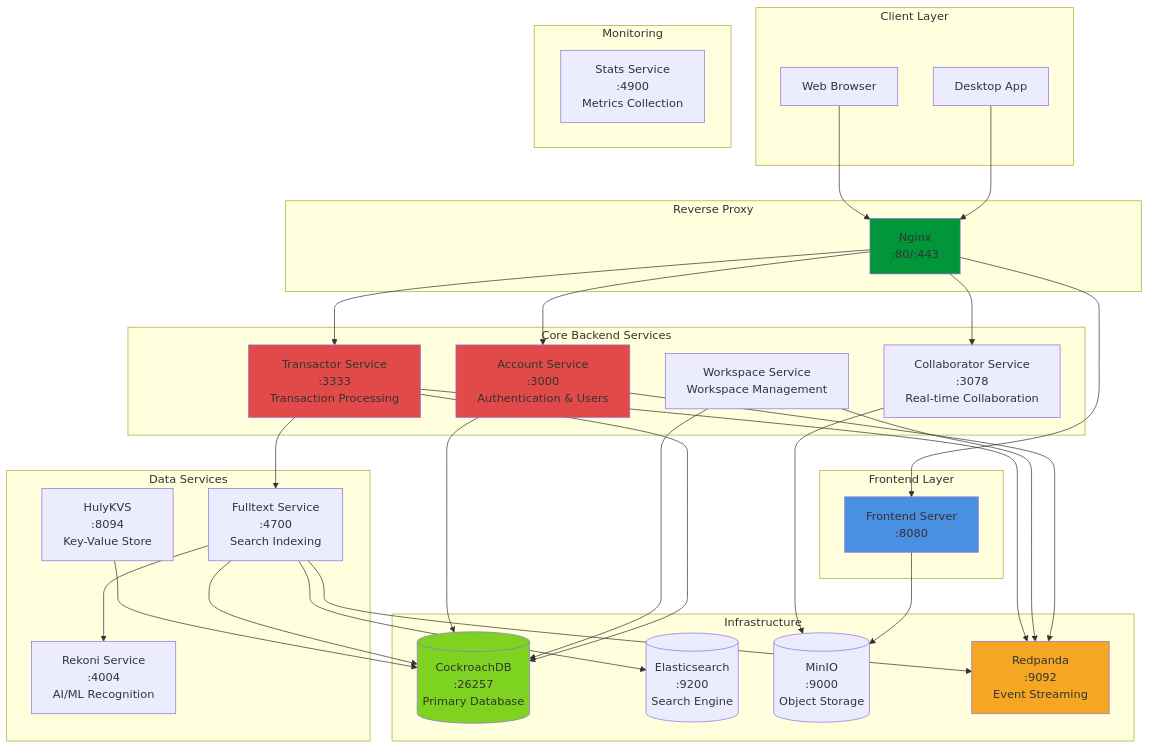
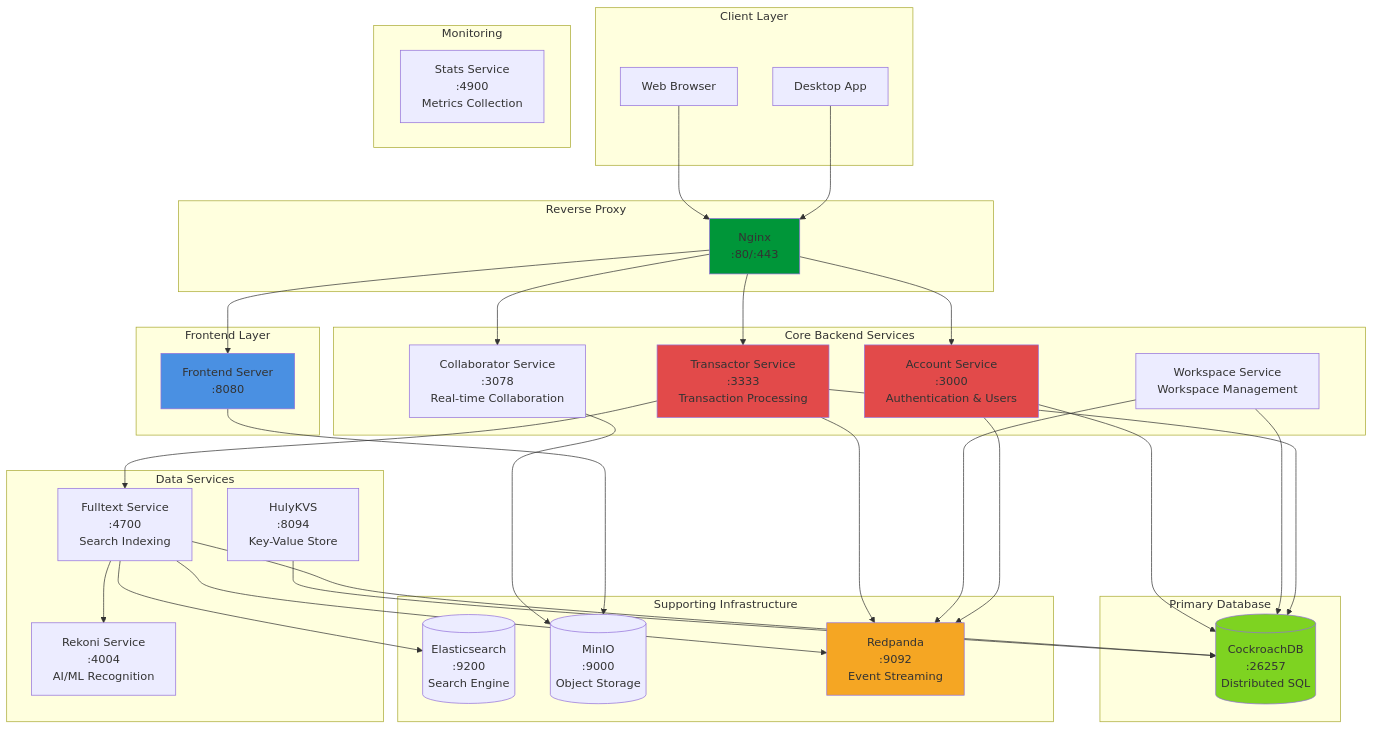
One commit to hcengineering/huly-selfhost changed the first of 7 diagrams in ARCHITECTURE_DIAGRAMS.md. Above: the diagram before and after it, drawn with Mermaid. The commit also changed other lines of this file, not shown here.

Commit message:
Update diagram

````diff
--- a/ARCHITECTURE_DIAGRAMS.md
+++ b/ARCHITECTURE_DIAGRAMS.md
@@ -5,72 +42,75 @@
 ```mermaid
 graph TB
     subgraph "Client Layer"
         Browser[Web Browser]
         Desktop[Desktop App]
     end
     
     subgraph "Reverse Proxy"
         Nginx[Nginx<br/>:80/:443]
     end
     
     subgraph "Frontend Layer"
         Front[Frontend Server<br/>:8080]
     end
     
     subgraph "Core Backend Services"
         Account[Account Service<br/>:3000<br/>Authentication & Users]
         Workspace[Workspace Service<br/>Workspace Management]
         Transactor[Transactor Service<br/>:3333<br/>Transaction Processing]
         Collaborator[Collaborator Service<br/>:3078<br/>Real-time Collaboration]
     end
     
     subgraph "Data Services"
         HulyKVS[HulyKVS<br/>:8094<br/>Key-Value Store]
         Fulltext[Fulltext Service<br/>:4700<br/>Search Indexing]
         Rekoni[Rekoni Service<br/>:4004<br/>AI/ML Recognition]
     end
     
     subgraph "Monitoring"
         Stats[Stats Service<br/>:4900<br/>Metrics Collection]
     end
     
-    subgraph "Infrastructure"
-        CockroachDB[(CockroachDB<br/>:26257<br/>Primary Database)]
+    subgraph "Primary Database"
+        CockroachDB[(CockroachDB<br/>:26257<br/>Distributed SQL)]
+    end
+    
+    subgraph "Supporting Infrastructure"
         Elasticsearch[(Elasticsearch<br/>:9200<br/>Search Engine)]
         Minio[(MinIO<br/>:9000<br/>Object Storage)]
         Redpanda[Redpanda<br/>:9092<br/>Event Streaming]
     end
     
     Browser --> Nginx
     Desktop --> Nginx
     Nginx --> Front
     Nginx --> Account
     Nginx --> Transactor
     Nginx --> Collaborator
     
     Account --> CockroachDB
     Workspace --> CockroachDB
     Transactor --> CockroachDB
     Transactor --> Fulltext
     Transactor --> Redpanda
     
     HulyKVS --> CockroachDB
     
     Fulltext --> Elasticsearch
     Fulltext --> CockroachDB
     Fulltext --> Rekoni
     Fulltext --> Redpanda
     
     Workspace --> Redpanda
     Account --> Redpanda
     
     Collaborator --> Minio
     Front --> Minio
     
     style Front fill:#4A90E2
     style Account fill:#E24A4A
     style Transactor fill:#E24A4A
     style CockroachDB fill:#7ED321
     style Redpanda fill:#F5A623
     style Nginx fill:#009639
 ```
````
